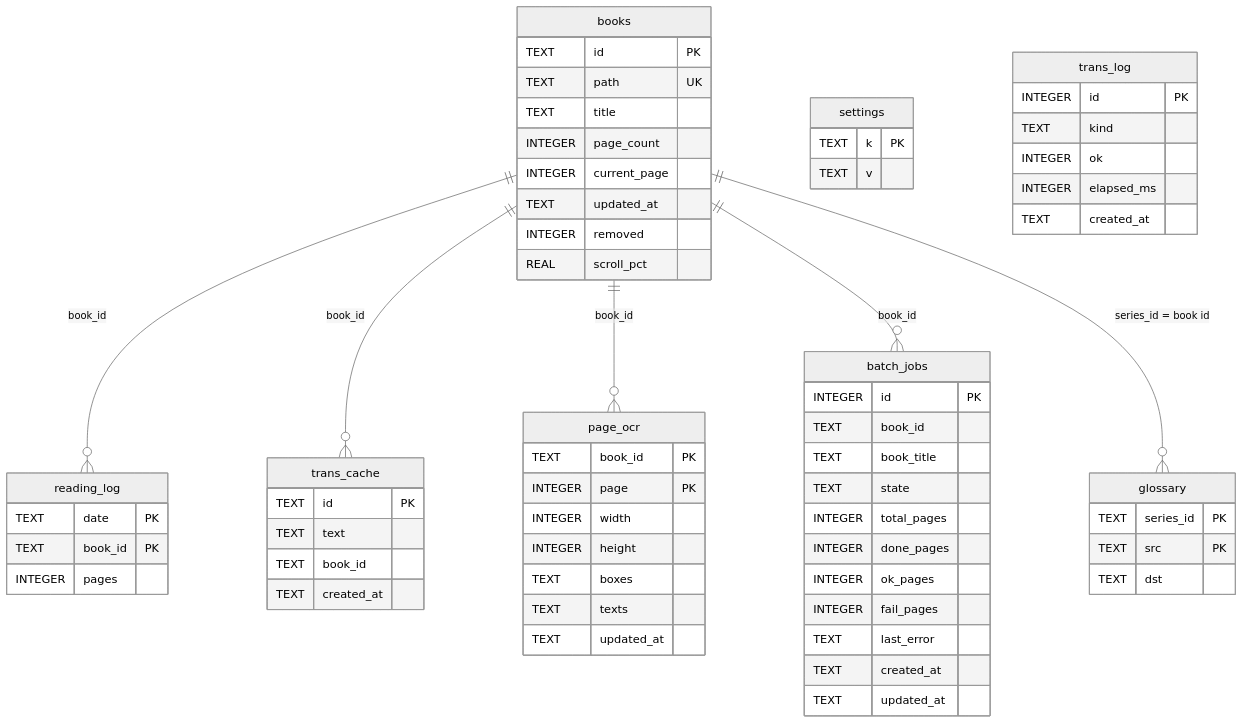
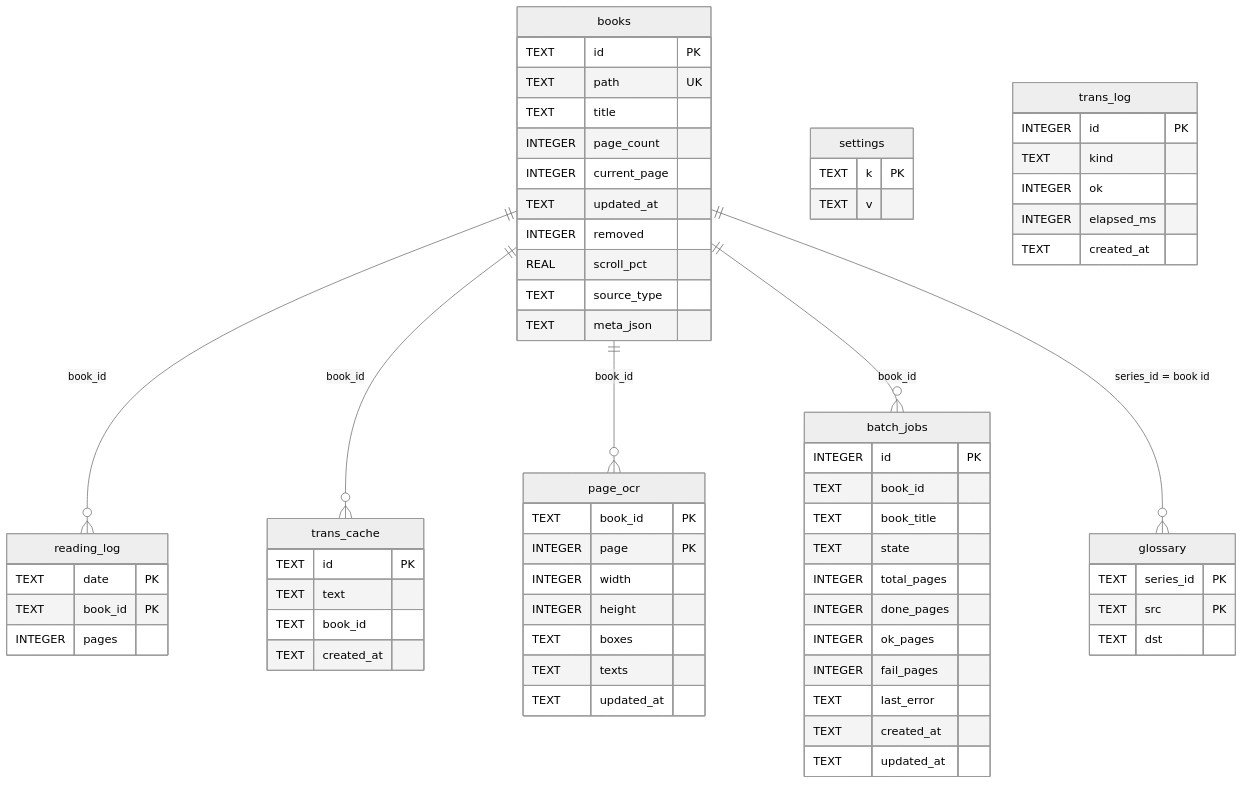
The second of 5 diagrams in docs/TECHNICAL.md (D-OneXXX/MR), drawn with Mermaid (neutral theme) before and after one commit. The commit also changed other lines of this file and 4 other files, not shown here.

````diff
--- a/docs/TECHNICAL.md
+++ b/docs/TECHNICAL.md
@@ -244,68 +262,70 @@
 ```mermaid
 erDiagram
   books ||--o{ reading_log : "book_id"
   books ||--o{ trans_cache : "book_id"
   books ||--o{ page_ocr : "book_id"
   books ||--o{ batch_jobs : "book_id"
   books ||--o{ glossary : "series_id = book id"
 
   books {
     TEXT id PK
     TEXT path UK
     TEXT title
     INTEGER page_count
     INTEGER current_page
     TEXT updated_at
     INTEGER removed
     REAL scroll_pct
+    TEXT source_type
+    TEXT meta_json
   }
   reading_log {
     TEXT date PK
     TEXT book_id PK
     INTEGER pages
   }
   settings {
     TEXT k PK
     TEXT v
   }
   trans_log {
     INTEGER id PK
     TEXT kind
     INTEGER ok
     INTEGER elapsed_ms
     TEXT created_at
   }
   trans_cache {
     TEXT id PK
     TEXT text
     TEXT book_id
     TEXT created_at
   }
   glossary {
     TEXT series_id PK
     TEXT src PK
     TEXT dst
   }
   page_ocr {
     TEXT book_id PK
     INTEGER page PK
     INTEGER width
     INTEGER height
     TEXT boxes
     TEXT texts
     TEXT updated_at
   }
   batch_jobs {
     INTEGER id PK
     TEXT book_id
     TEXT book_title
     TEXT state
     INTEGER total_pages
     INTEGER done_pages
     INTEGER ok_pages
     INTEGER fail_pages
     TEXT last_error
     TEXT created_at
     TEXT updated_at
   }
 ```
````
